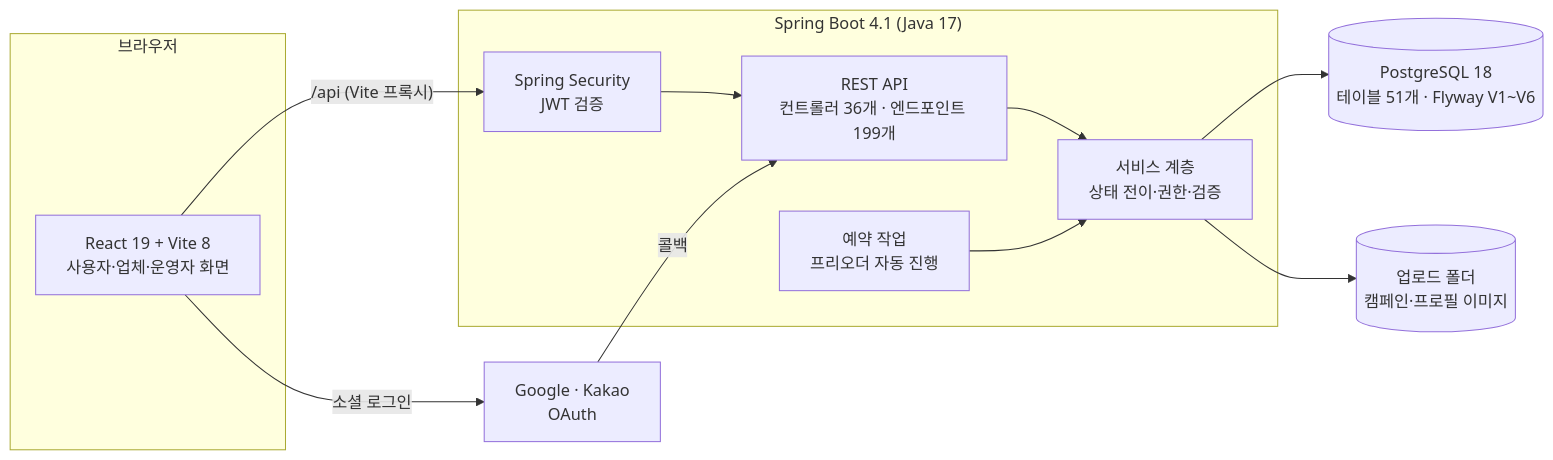
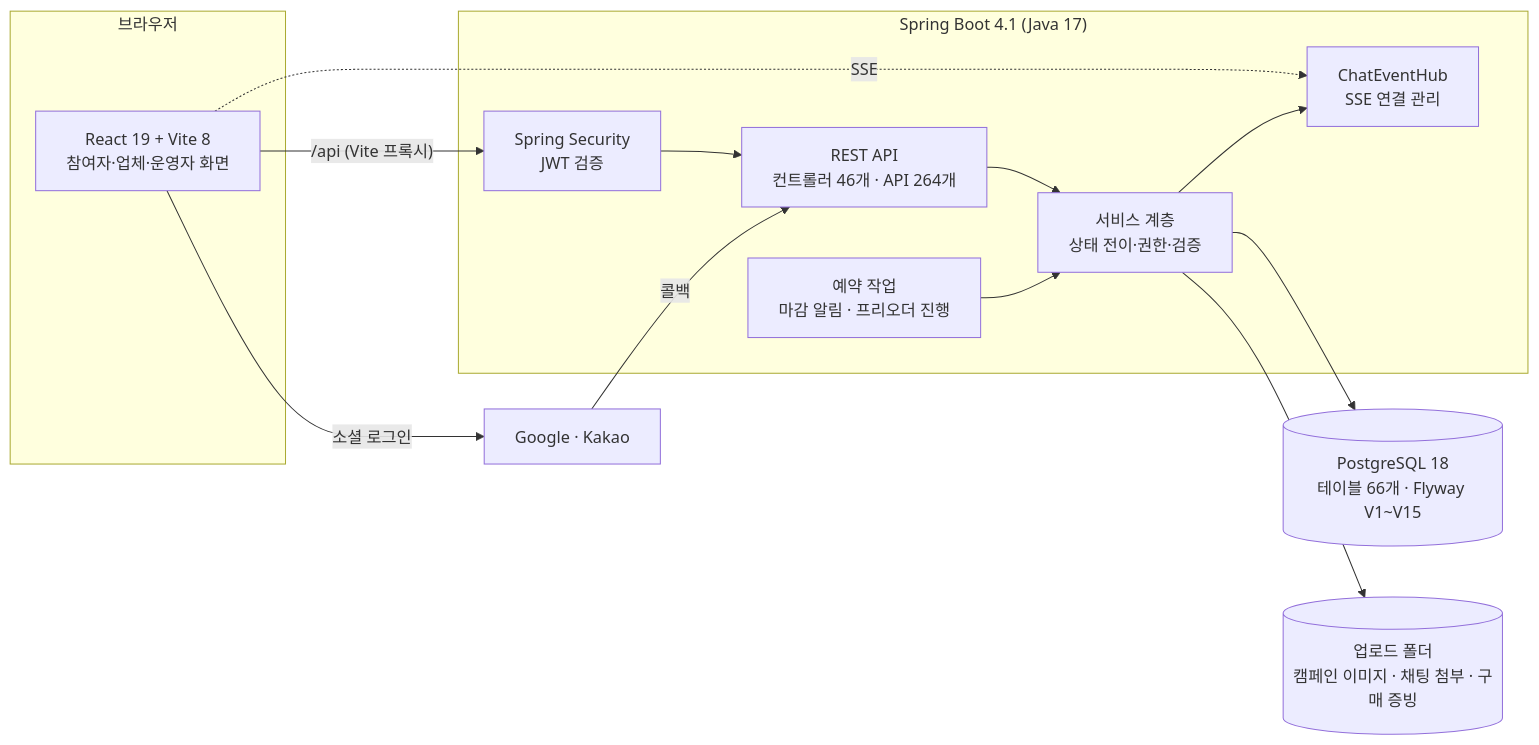
The first of 2 diagrams in docs/portfolio/architecture.md (yoo-jin-k/movrit-backend), drawn with Mermaid before and after one commit. The commit also changed other lines of this file and 2 other files, not shown here.

````diff
--- a/docs/portfolio/architecture.md
+++ b/docs/portfolio/architecture.md
@@ -8,20 +8,23 @@
 ```mermaid
 flowchart LR
   subgraph Browser["브라우저"]
-    FE["React 19 + Vite 8<br/>사용자·업체·운영자 화면"]
+    FE["React 19 + Vite 8<br/>참여자·업체·운영자 화면"]
   end
   subgraph Server["Spring Boot 4.1 (Java 17)"]
     SEC["Spring Security<br/>JWT 검증"]
-    API["REST API<br/>컨트롤러 36개 · 엔드포인트 199개"]
+    API["REST API<br/>컨트롤러 46개 · API 264개"]
     SVC["서비스 계층<br/>상태 전이·권한·검증"]
-    SCH["예약 작업<br/>프리오더 자동 진행"]
+    HUB["ChatEventHub<br/>SSE 연결 관리"]
+    SCH["예약 작업<br/>마감 알림 · 프리오더 진행"]
   end
-  DB[("PostgreSQL 18<br/>테이블 51개 · Flyway V1~V6")]
-  FS[("업로드 폴더<br/>캠페인·프로필 이미지")]
-  OAUTH["Google · Kakao<br/>OAuth"]
+  DB[("PostgreSQL 18<br/>테이블 66개 · Flyway V1~V15")]
+  FS[("업로드 폴더<br/>캠페인 이미지 · 채팅 첨부 · 구매 증빙")]
+  OAUTH["Google · Kakao"]
 
   FE -- "/api (Vite 프록시)" --> SEC --> API --> SVC --> DB
+  FE -. "SSE" .-> HUB
+  SVC --> HUB
   SVC --> FS
   SCH --> SVC
   FE -- "소셜 로그인" --> OAUTH -- "콜백" --> API
 ```
````
